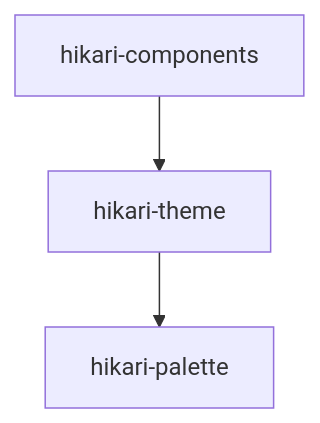
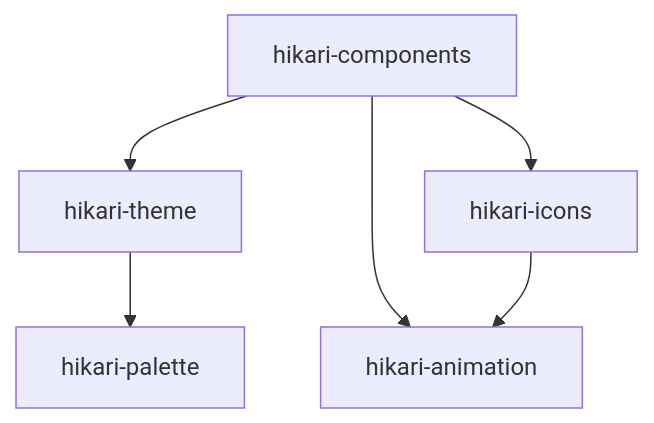
One commit to celestia-island/hikari changed the second of 11 diagrams in docs/en/guides/ARCHITECTURE.md. Above: the diagram before and after it, drawn with Mermaid. The commit also changed other lines of this file and 359 other files, not shown here.

````diff
--- a/docs/en/guides/ARCHITECTURE.md
+++ b/docs/en/guides/ARCHITECTURE.md
@@ -59,5 +61,8 @@
 ```mermaid
 graph TD
   hikari-components --> hikari-theme
+  hikari-components --> hikari-icons
+  hikari-components --> hikari-animation
+  hikari-icons --> hikari-animation
   hikari-theme --> hikari-palette
 ```
````
